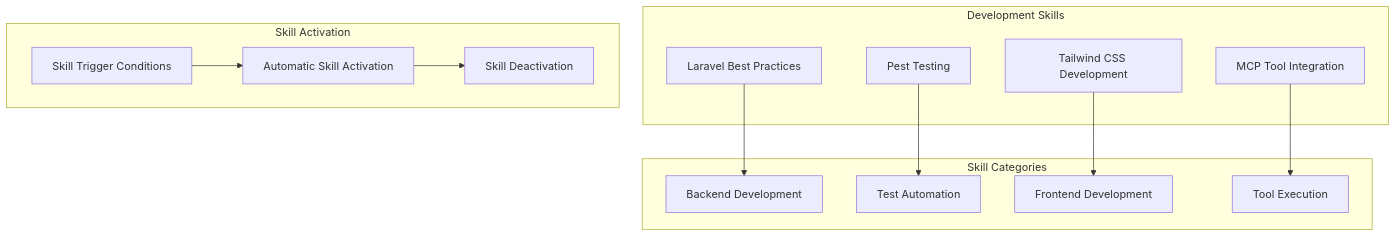
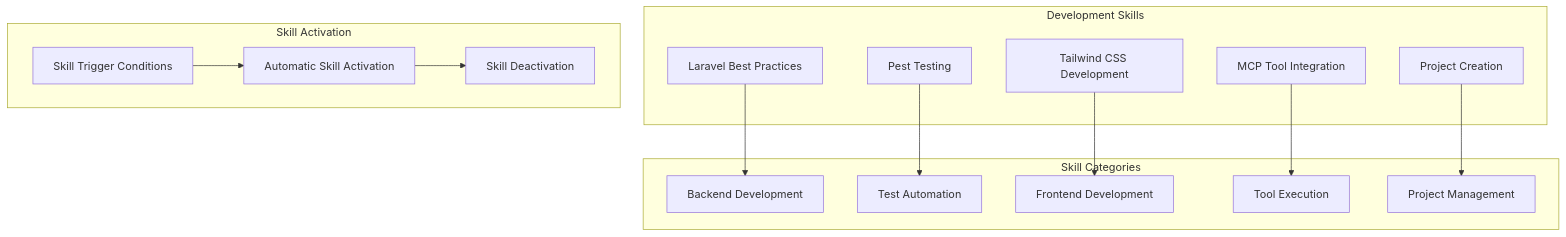
Before and after one commit to siimliimand/laravel-assistant: diagram 21 of 25 in .qoder/repowiki/en/content/AI Integration System/Agent System/DevBot AI Agent System.md, drawn with Mermaid. The commit also changed other lines of this file and 3 other files, not shown here.

First line of the commit message:
feat(devbot): add comprehensive project creation capabilities and expand MCP tool suite

````diff
--- a/.qoder/repowiki/en/content/AI Integration System/Agent System/DevBot AI Agent System.md
+++ b/.qoder/repowiki/en/content/AI Integration System/Agent System/DevBot AI Agent System.md
@@ -672,26 +998,29 @@
 ```mermaid
 graph TD
 subgraph "Development Skills"
 LaravelBest[Laravel Best Practices]
 PestTesting[Pest Testing]
 TailwindCSS[Tailwind CSS Development]
+ProjectCreation[Project Creation]
 MCPTools[MCP Tool Integration]
 end
 subgraph "Skill Categories"
 Backend[Backend Development]
 Testing[Test Automation]
 Frontend[Frontend Development]
 Tools[Tool Execution]
+Projects[Project Management]
 end
 subgraph "Skill Activation"
 Trigger[Skill Trigger Conditions]
 Activation[Automatic Skill Activation]
 Deactivation[Skill Deactivation]
 end
 LaravelBest --> Backend
 PestTesting --> Testing
 TailwindCSS --> Frontend
+ProjectCreation --> Projects
 MCPTools --> Tools
 Trigger --> Activation
 Activation --> Deactivation
 ```
````
